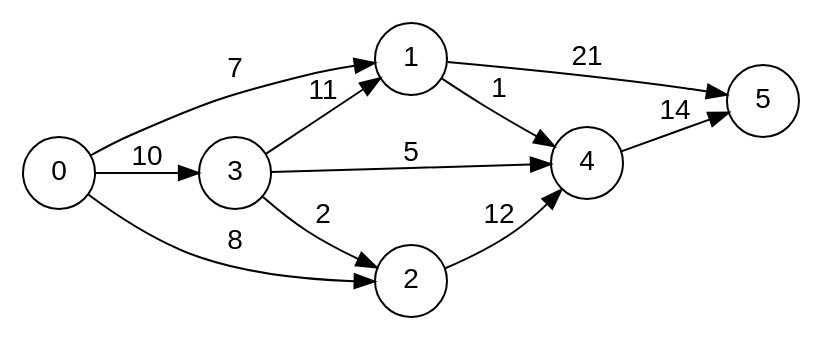
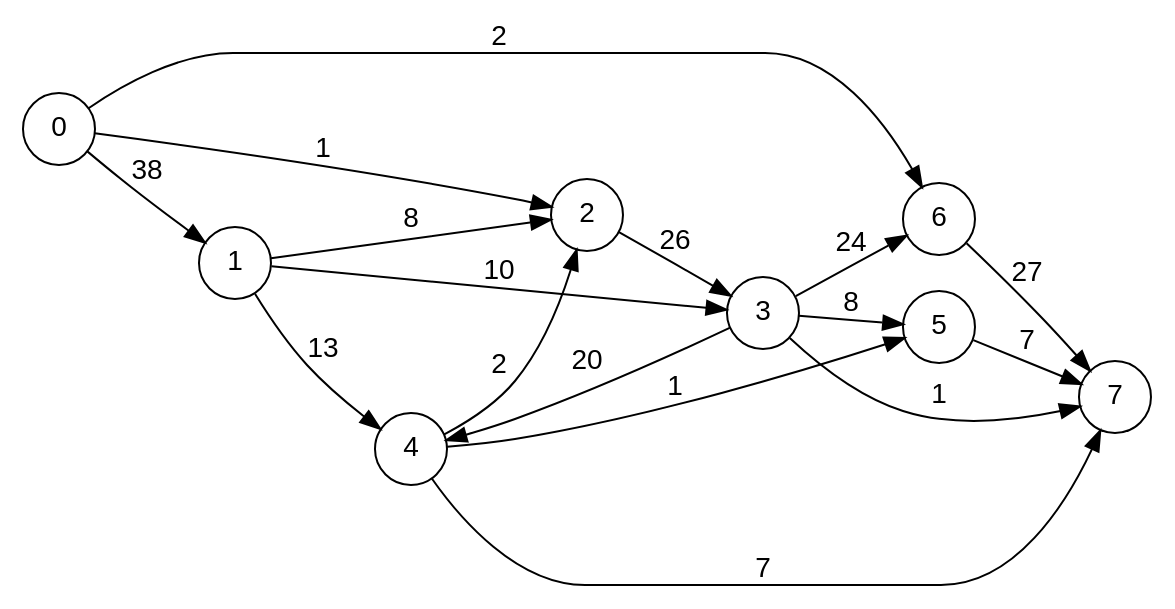
Before and after one commit to mateobwe/ocaml-maxflow-project: the diagram in graph.dot, drawn with Graphviz. The commit also changed 8 other files, not shown here.

```diff
--- a/graph.dot
+++ b/graph.dot
@@ -1,17 +1,23 @@
 digraph finite_state_machine {
   fontname="Helvetica,Arial,sans-serif"
   node [fontname="Helvetica,Arial,sans-serif"]
   edge [fontname="Helvetica,Arial,sans-serif"]
   rankdir=LR;
   node [shape = circle];
-  4 -> 5 [ label = "14" ];
-  1 -> 5 [ label = "21" ];
-  1 -> 4 [ label = "1" ];
-  3 -> 1 [ label = "11" ];
-  3 -> 2 [ label = "2" ];
-  3 -> 4 [ label = "5" ];
-  2 -> 4 [ label = "12" ];
-  0 -> 1 [ label = "7" ];
-  0 -> 3 [ label = "10" ];
-  0 -> 2 [ label = "8" ];
+  4 -> 2 [ label = "2" ];
+  4 -> 7 [ label = "7" ];
+  4 -> 5 [ label = "1" ];
+  0 -> 6 [ label = "2" ];
+  0 -> 1 [ label = "38" ];
+  0 -> 2 [ label = "1" ];
+  3 -> 6 [ label = "24" ];
+  3 -> 7 [ label = "1" ];
+  3 -> 4 [ label = "20" ];
+  3 -> 5 [ label = "8" ];
+  6 -> 7 [ label = "27" ];
+  5 -> 7 [ label = "7" ];
+  1 -> 2 [ label = "8" ];
+  1 -> 3 [ label = "10" ];
+  1 -> 4 [ label = "13" ];
+  2 -> 3 [ label = "26" ];
 }
```
